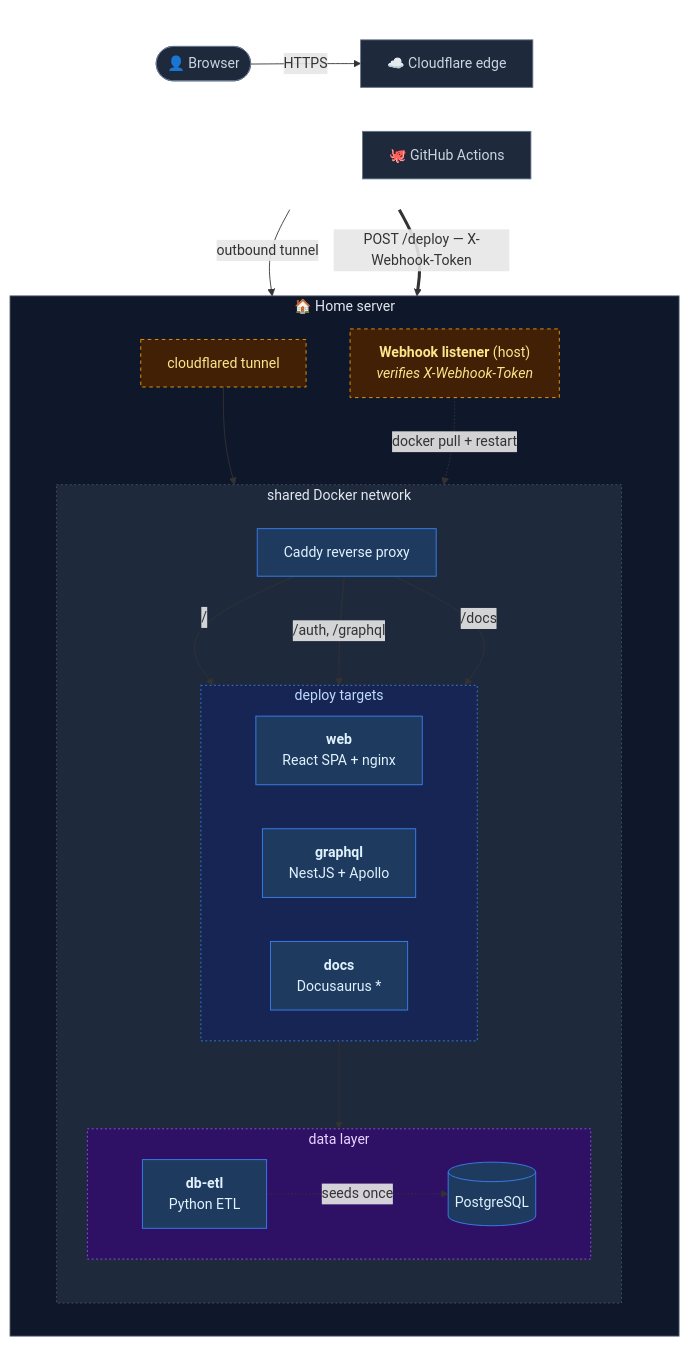
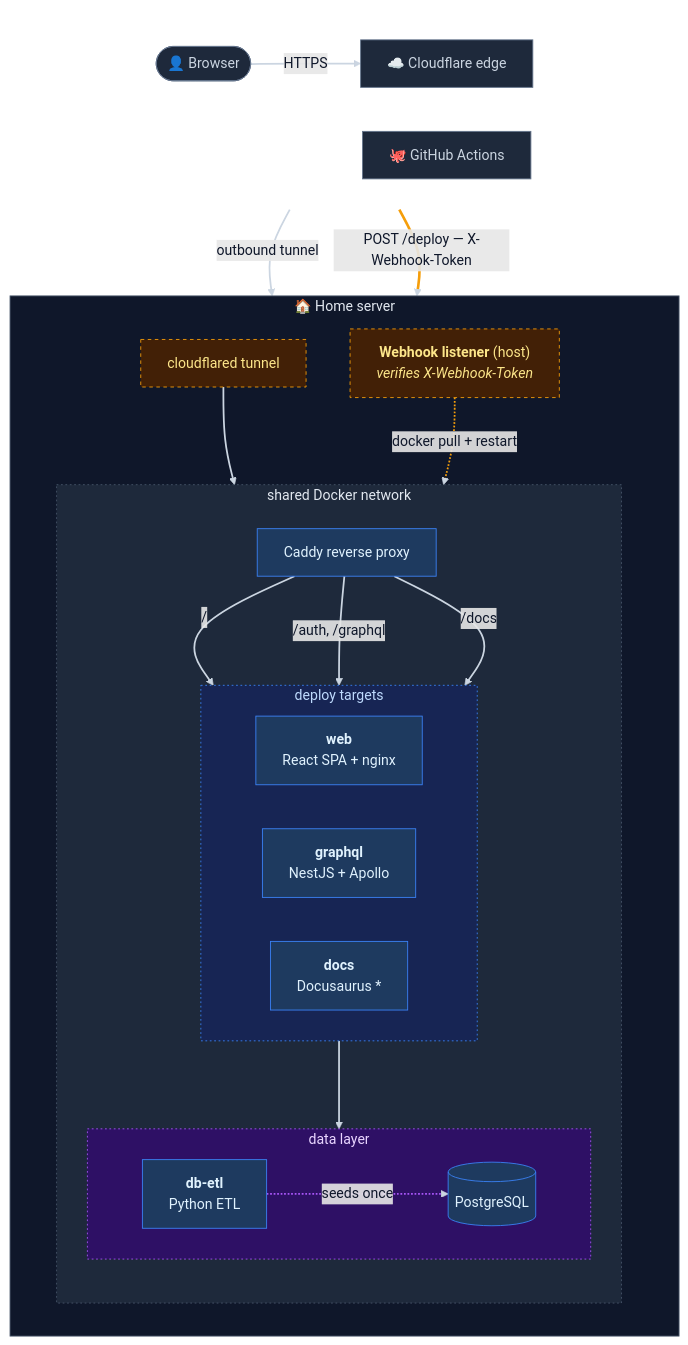
Before and after one commit to Medistat-Tiberiusgh/.github: the diagram in profile/README.md, drawn with Mermaid.

Commit message:
Update link styles in README diagram
Added link styles for various elements in the diagram.

````diff
--- a/profile/README.md
+++ b/profile/README.md
@@ -30,64 +30,69 @@
 ```mermaid
 flowchart TB
     subgraph topRow[" "]
         direction LR
         user(["👤 Browser"])
         cf["☁️ Cloudflare edge"]
         gh["🐙 GitHub Actions"]
     end
 
     subgraph home["🏠 Home server"]
         direction TB
         cft["cloudflared tunnel"]
         hook["`**Webhook listener** (host)
         _verifies X-Webhook-Token_`"]
 
         subgraph net["shared Docker network"]
             direction TB
             caddy["Caddy reverse proxy"]
 
             subgraph apps["deploy targets"]
                 direction LR
                 spa["`**web**
                 React SPA + nginx`"]
                 api["`**graphql**
                 NestJS + Apollo`"]
                 docs["`**docs**
                 Docusaurus *`"]
             end
 
             subgraph data["data layer"]
                 direction LR
                 db[("PostgreSQL")]
                 etl["`**db-etl**
                 Python ETL`"]
             end
         end
     end
 
     user -->|HTTPS| cf
     cf -->|outbound tunnel| cft
     cft --> caddy
 
     caddy -->|/| spa
     caddy -->|/auth, /graphql| api
     caddy -->|/docs| docs
 
     api --> db
     etl -. seeds once .-> db
 
     gh ==>|"POST /deploy — X-Webhook-Token"| hook
     hook -. "docker pull + restart" .-> apps
 
     classDef container fill:#1e3a5f,stroke:#3b82f6,color:#e0f2fe
     classDef external fill:#1e293b,stroke:#64748b,color:#cbd5e1
     classDef host fill:#422006,stroke:#f59e0b,color:#fde68a,stroke-dasharray: 4 4
     class caddy,spa,api,docs,db,etl container
     class user,cf,gh external
     class cft,hook host
     style topRow fill:transparent,stroke:transparent
     style home fill:#0f172a,stroke:#475569,color:#e2e8f0
     style net fill:#1e293b,stroke:#475569,color:#e2e8f0,stroke-dasharray: 2 3
     style apps fill:#172554,stroke:#3b82f6,color:#bfdbfe,stroke-dasharray: 2 3
     style data fill:#2e1065,stroke:#a855f7,color:#e9d5ff,stroke-dasharray: 2 3
+
+    linkStyle default stroke:#cbd5e1,stroke-width:2px,color:#0f172a
+    linkStyle 7 stroke:#a855f7,stroke-width:2px
+    linkStyle 8 stroke:#f59e0b,stroke-width:3px
+    linkStyle 9 stroke:#f59e0b,stroke-width:2px
 ```
````
